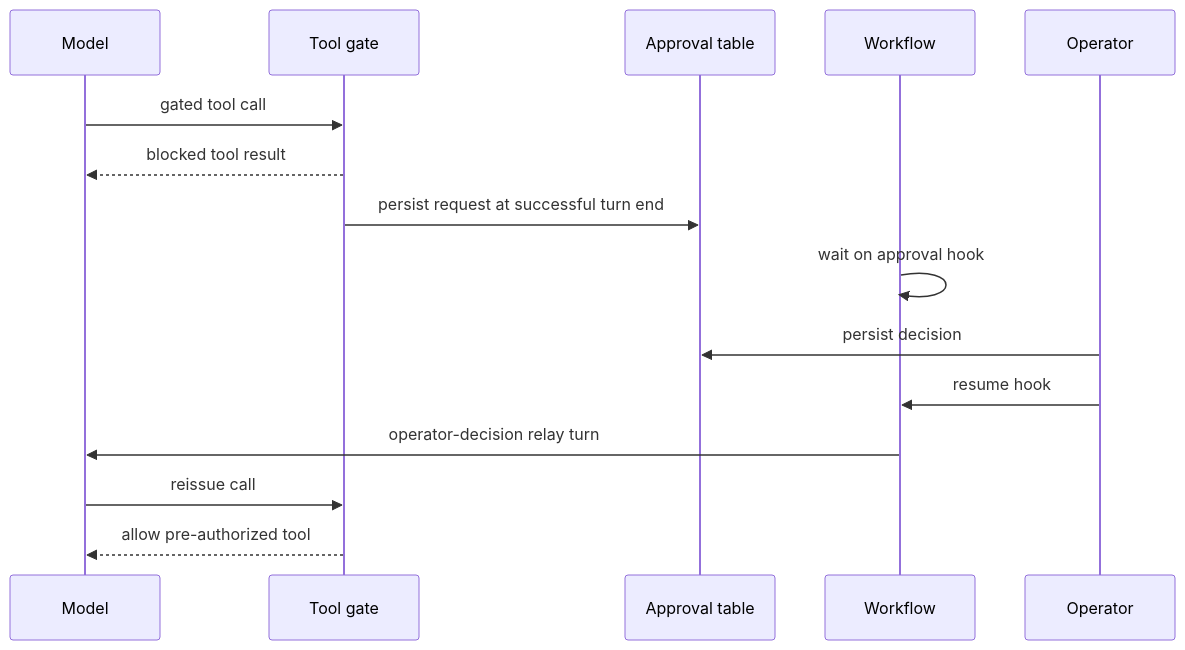
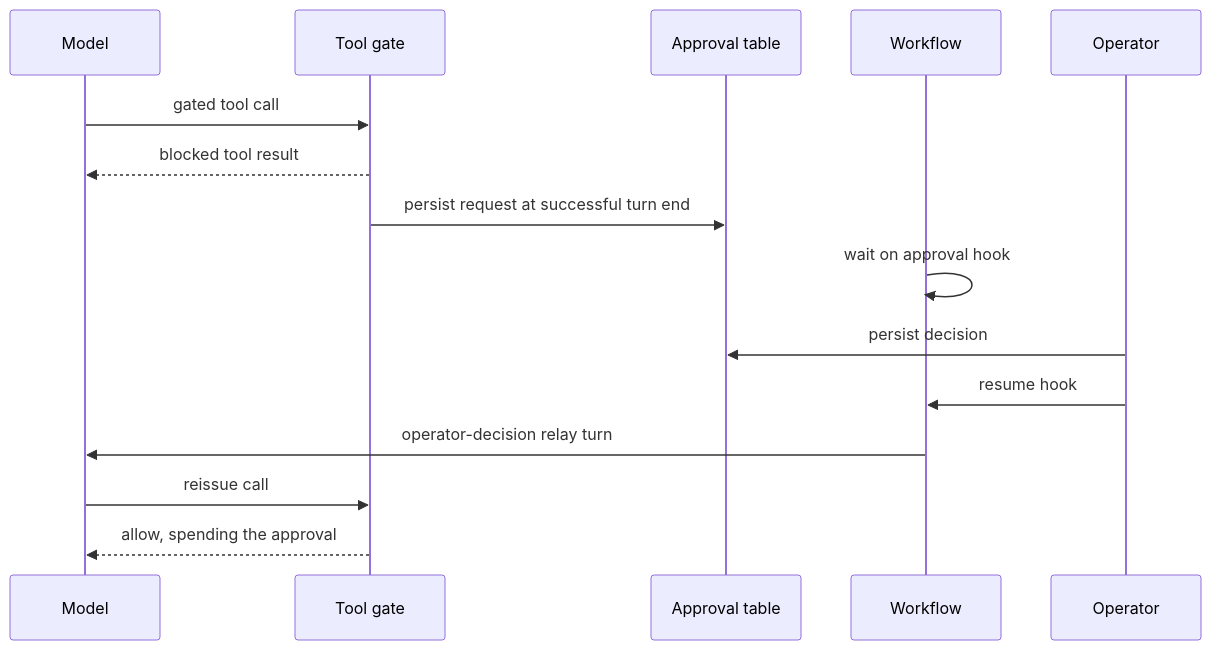
One commit to Chia1104/chia1104.dev changed the third of 3 diagrams in docs/agent-architecture.md. Above: the diagram before and after it, drawn with Mermaid. The commit also changed other lines of this file and 32 other files, not shown here.

````diff
--- a/docs/agent-architecture.md
+++ b/docs/agent-architecture.md
@@ -185,18 +187,18 @@
 ```mermaid
 sequenceDiagram
     participant M as Model
     participant G as Tool gate
     participant DB as Approval table
     participant WF as Workflow
     participant U as Operator
 
     M->>G: gated tool call
     G-->>M: blocked tool result
     G->>DB: persist request at successful turn end
     WF->>WF: wait on approval hook
     U->>DB: persist decision
     U->>WF: resume hook
     WF->>M: operator-decision relay turn
     M->>G: reissue call
-    G-->>M: allow pre-authorized tool
+    G-->>M: allow, spending the approval
 ```
````
